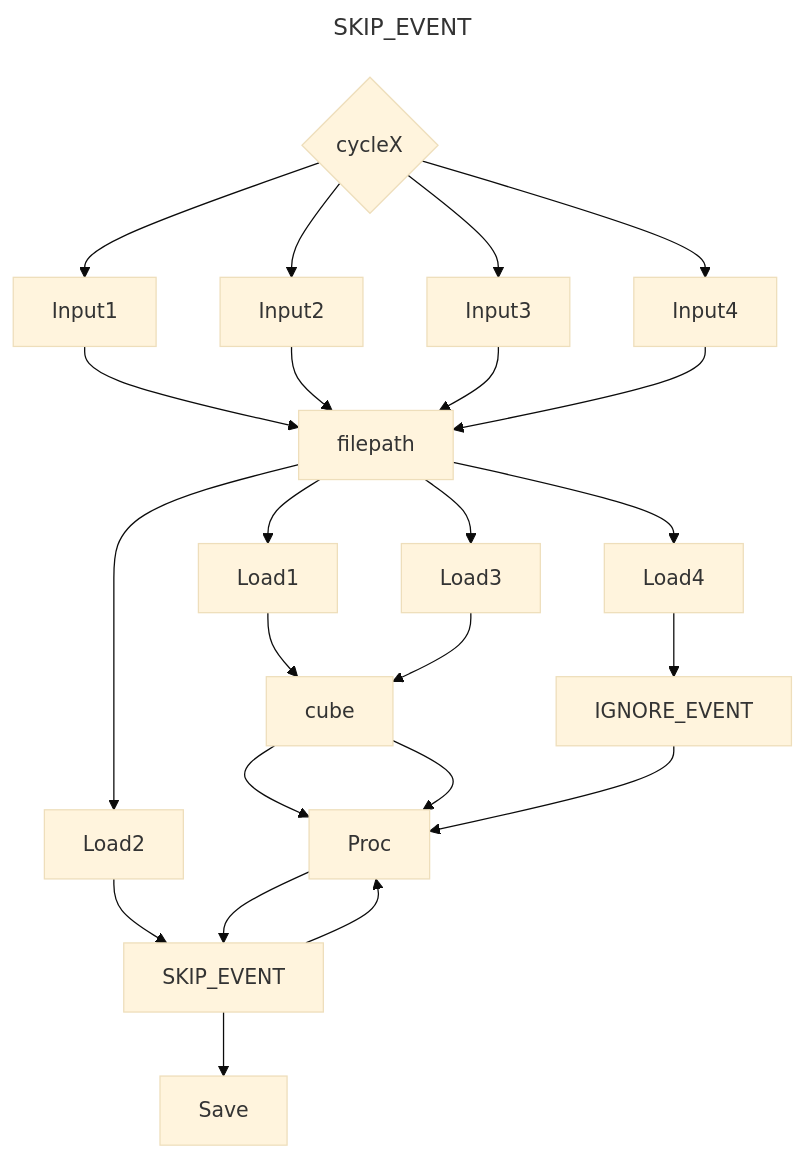
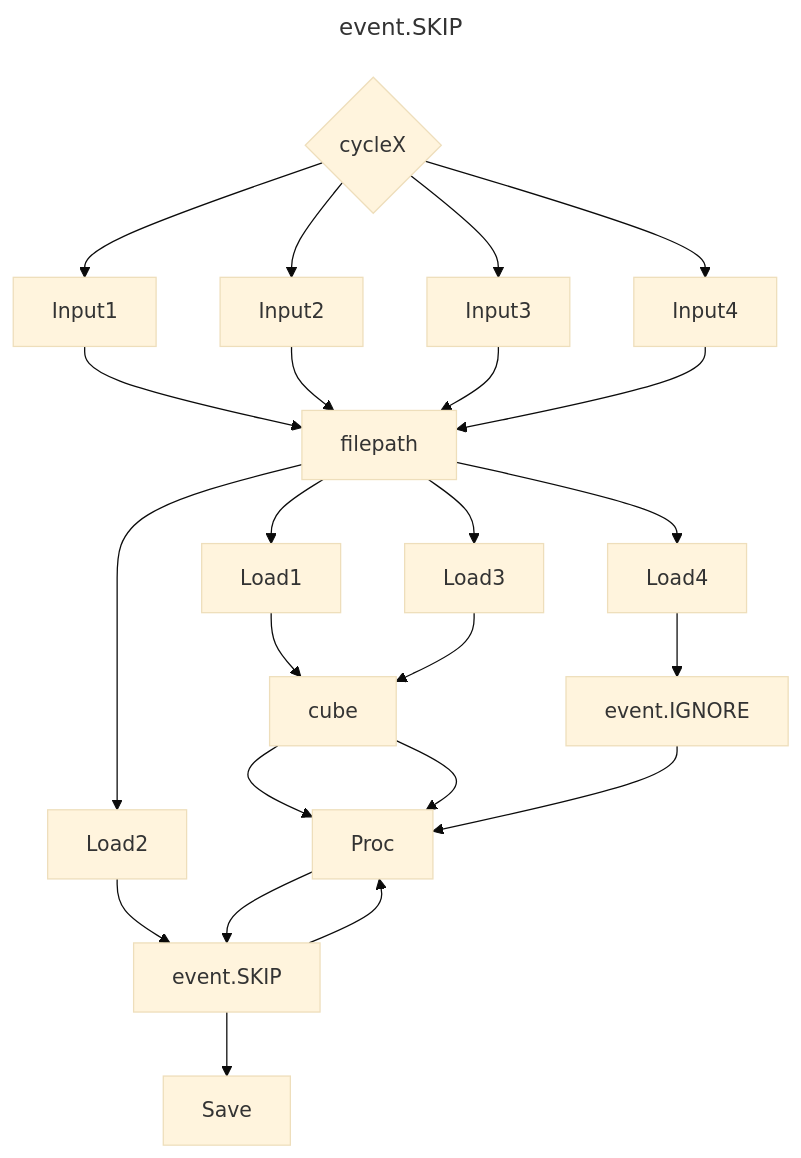
One commit to MetOffice/dagrunner changed the second of 2 diagrams in docs/dagrunner.events.md. Above: the diagram before and after it, drawn with Mermaid (base theme). The commit also changed other lines of this file and 1 other file, not shown here.

````diff
--- a/docs/dagrunner.events.md
+++ b/docs/dagrunner.events.md
@@ -42,12 +43,12 @@
 ```mermaid
 ---
-title: SKIP_EVENT
+title: event.SKIP
 ---
 graph
     cycle1{cycleX}
     cycle1 --> Input1 --> filepath --> Load1 --> cube --> Proc
-    cycle1 --> Input2 --> filepath --> Load2 --> SKIP_EVENT --> Proc
+    cycle1 --> Input2 --> filepath --> Load2 --> event.SKIP --> Proc
     cycle1 --> Input3 --> filepath --> Load3 --> cube --> Proc
-    cycle1 --> Input4 --> filepath --> Load4 --> IGNORE_EVENT --> Proc
-    Proc --> SKIP_EVENT --> Save
+    cycle1 --> Input4 --> filepath --> Load4 --> event.IGNORE --> Proc
+    Proc --> event.SKIP --> Save
 ```
````
